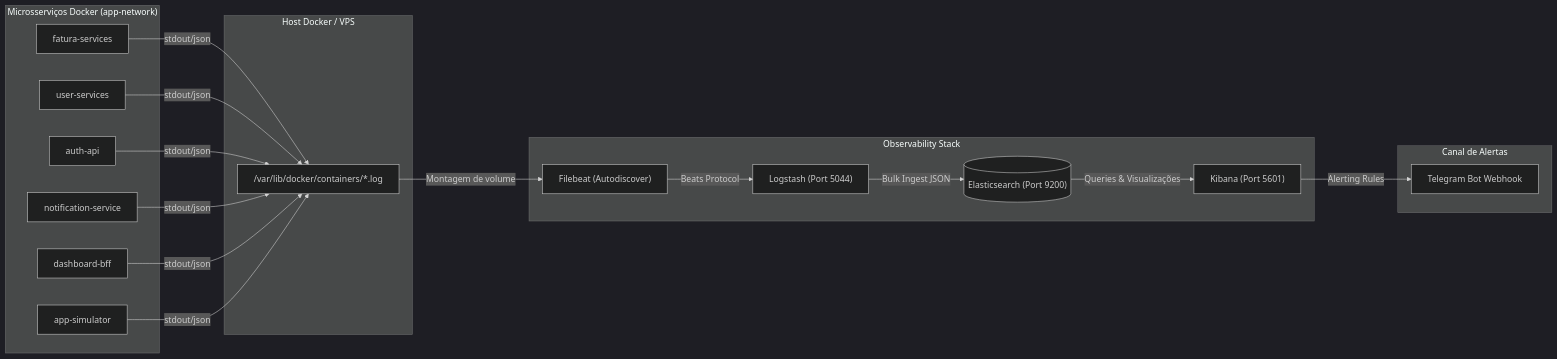
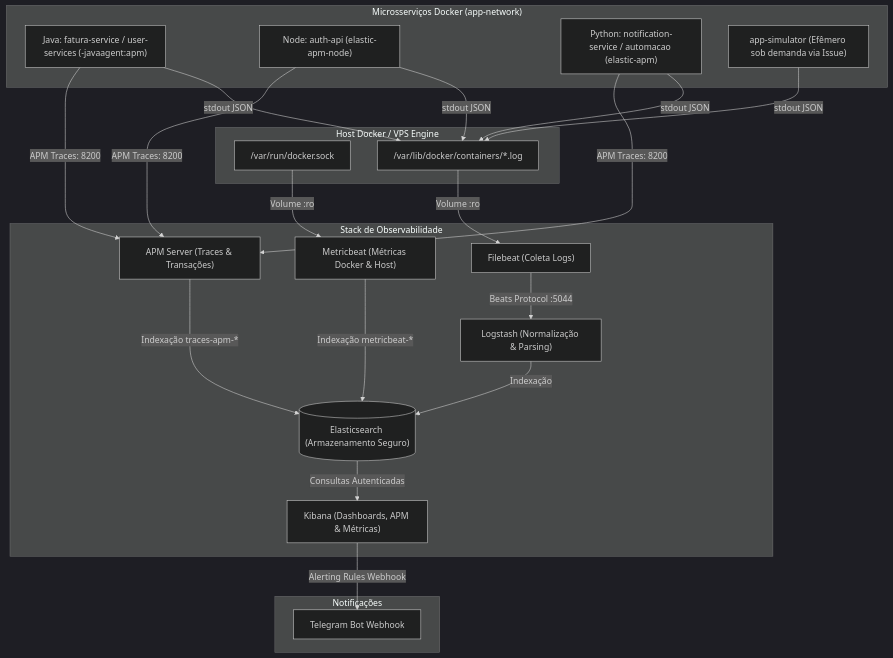
The diagram in README.md (sironAzevedo/observability), drawn with Mermaid (dark theme) before and after one commit. The commit also changed other lines of this file and 12 other files, not shown here.

Commit message:
feat: add metricbeat, apm-server, on-demand simulator workflow, and kibana security encryption keys

````diff
--- a/README.md
+++ b/README.md
@@ -13,39 +20,47 @@
 ```mermaid
-flowchart LR
-    subgraph Containers["Microsserviços Docker (app-network)"]
-        App1["fatura-services"]
-        App2["user-services"]
-        App3["auth-api"]
-        App4["notification-service"]
-        App5["dashboard-bff"]
-        AppSim["app-simulator"]
+flowchart TD
+    subgraph Apps["Microsserviços Docker (app-network)"]
+        JavaApp["Java: fatura-service / user-services (-javaagent:apm)"]
+        NodeApp["Node: auth-api (elastic-apm-node)"]
+        PyApp["Python: notification-service / automacao (elastic-apm)"]
+        SimApp["app-simulator (Efêmero sob demanda via Issue)"]
     end
 
-    subgraph Host["Host Docker / VPS"]
-        DSock["/var/lib/docker/containers/*.log"]
+    subgraph Host["Host Docker / VPS Engine"]
+        Sock["/var/run/docker.sock"]
+        Logs["/var/lib/docker/containers/*.log"]
     end
 
-    subgraph Stack["Observability Stack"]
-        FB["Filebeat (Autodiscover)"]
-        LS["Logstash (Port 5044)"]
-        ES[("Elasticsearch (Port 9200)")]
-        KB["Kibana (Port 5601)"]
+    subgraph Stack["Stack de Observabilidade"]
+        FB["Filebeat (Coleta Logs)"]
+        MB["Metricbeat (Métricas Docker & Host)"]
+        APM["APM Server (Traces & Transações)"]
+        LS["Logstash (Normalização & Parsing)"]
+        ES[("Elasticsearch (Armazenamento Seguro)")]
+        KB["Kibana (Dashboards, APM & Métricas)"]
     end
 
-    subgraph Notifications["Canal de Alertas"]
+    subgraph Alerts["Notificações"]
         TG["Telegram Bot Webhook"]
     end
 
-    App1 -->|stdout/json| DSock
-    App2 -->|stdout/json| DSock
-    App3 -->|stdout/json| DSock
-    App4 -->|stdout/json| DSock
-    App5 -->|stdout/json| DSock
-    AppSim -->|stdout/json| DSock
+    JavaApp -->|APM Traces: 8200| APM
+    NodeApp -->|APM Traces: 8200| APM
+    PyApp -->|APM Traces: 8200| APM
 
-    DSock -->|Montagem de volume| FB
-    FB -->|Beats Protocol| LS
-    LS -->|Bulk Ingest JSON| ES
-    ES -->|Queries & Visualizações| KB
-    KB -->|Alerting Rules| TG
+    JavaApp -->|stdout JSON| Logs
+    NodeApp -->|stdout JSON| Logs
+    PyApp -->|stdout JSON| Logs
+    SimApp -->|stdout JSON| Logs
+
+    Logs -->|Volume :ro| FB
+    Sock -->|Volume :ro| MB
+
+    FB -->|Beats Protocol :5044| LS
+    LS -->|Indexação| ES
+    MB -->|Indexação metricbeat-*| ES
+    APM -->|Indexação traces-apm-*| ES
+
+    ES -->|Consultas Autenticadas| KB
+    KB -->|Alerting Rules Webhook| TG
 ```
````
